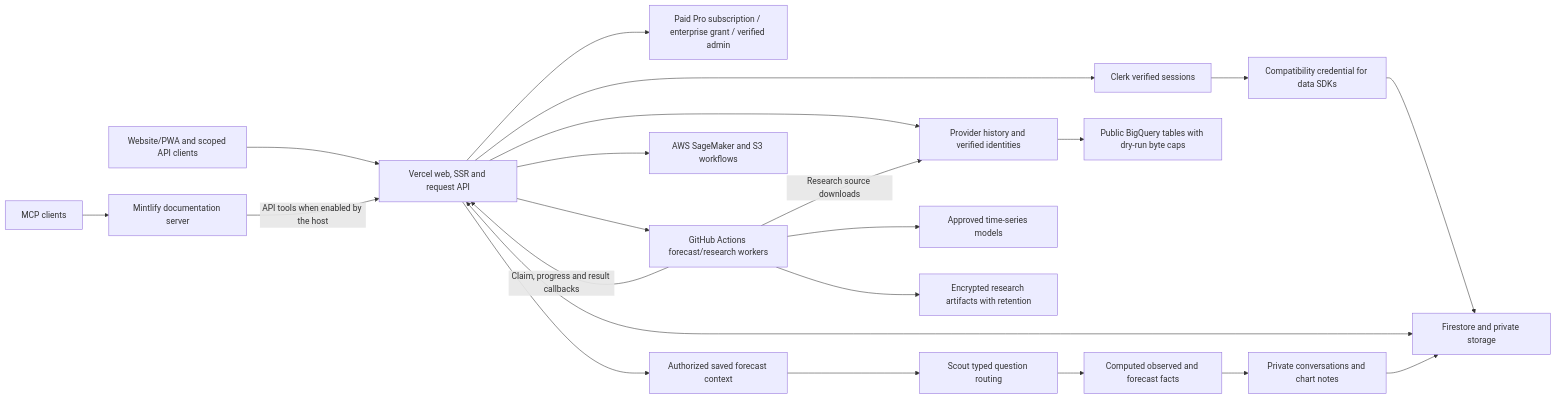
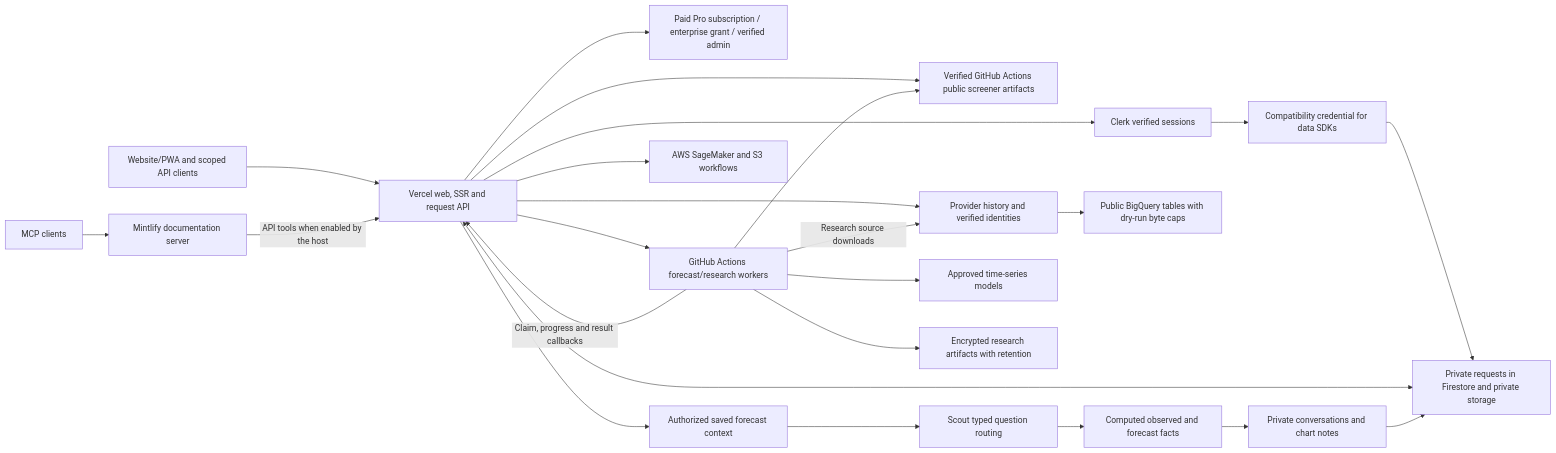
Before and after one commit to tamzid2001/stockssagemakerdata: the first of 2 diagrams in README.md, drawn with Mermaid. The commit also changed other lines of this file and 24 other files, not shown here.

Commit message:
Move public screeners to retained Actions artifacts and discover new perpetuals

````diff
--- a/README.md
+++ b/README.md
@@ -123,24 +123,26 @@
 ```mermaid
 flowchart LR
     Clients[Website/PWA and scoped API clients] --> API[Vercel web, SSR and request API]
     API --> Identity[Clerk verified sessions]
     Identity --> Bridge[Compatibility credential for data SDKs]
     Bridge --> State
     API --> Entitlement[Paid Pro subscription / enterprise grant / verified admin]
-    API <--> State[Firestore and private storage]
+    API <--> State[Private requests in Firestore and private storage]
+    API --> Public[Verified GitHub Actions public screener artifacts]
+    Workers --> Public
     API --> Data[Provider history and verified identities]
     Data --> BigQuery[Public BigQuery tables with dry-run byte caps]
     API --> QA[Authorized saved forecast context]
     QA --> Scout[Scout typed question routing]
     Scout --> Facts[Computed observed and forecast facts]
     Facts --> Requests[Private conversations and chart notes]
     Requests --> State
     API --> Workers[GitHub Actions forecast/research workers]
     Workers --> Models[Approved time-series models]
     Workers -->|Claim, progress and result callbacks| API
     Workers -->|Research source downloads| Data
     Workers --> Artifacts[Encrypted research artifacts with retention]
     API --> Legacy[AWS SageMaker and S3 workflows]
     MCP[MCP clients] --> Docs[Mintlify documentation server]
     Docs -->|API tools when enabled by the host| API
 ```
````
